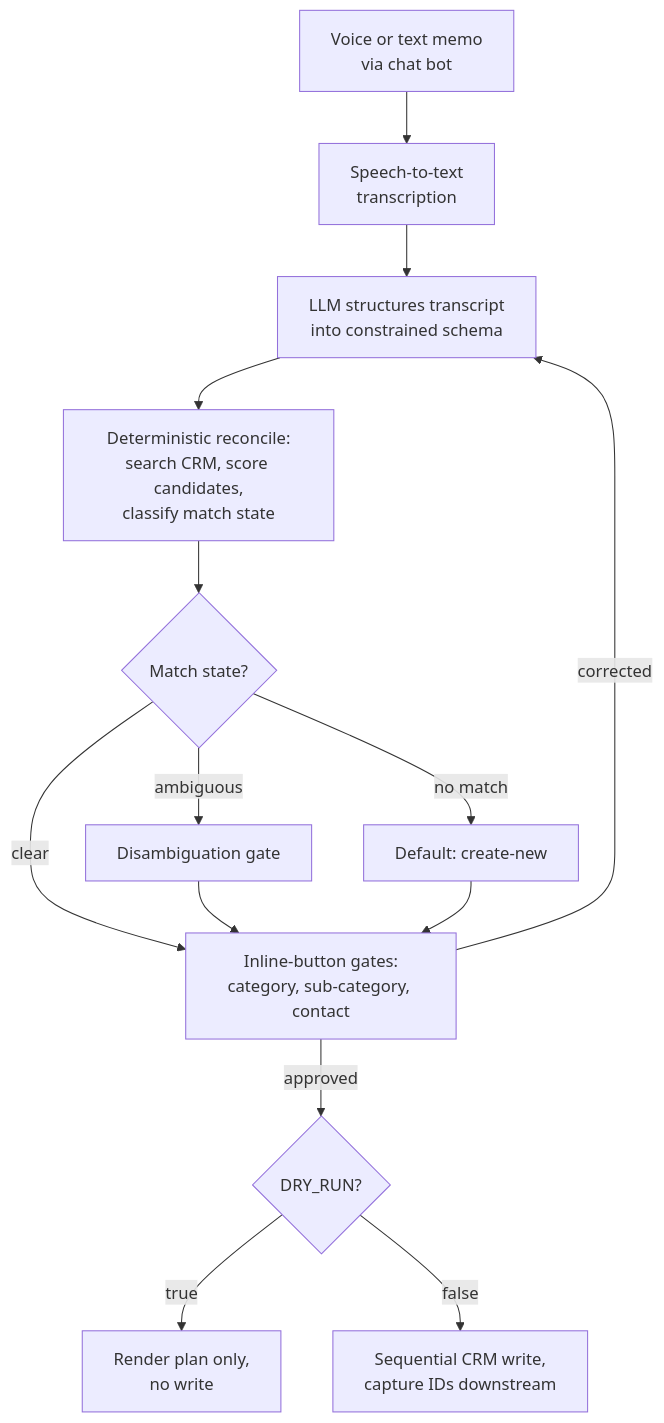
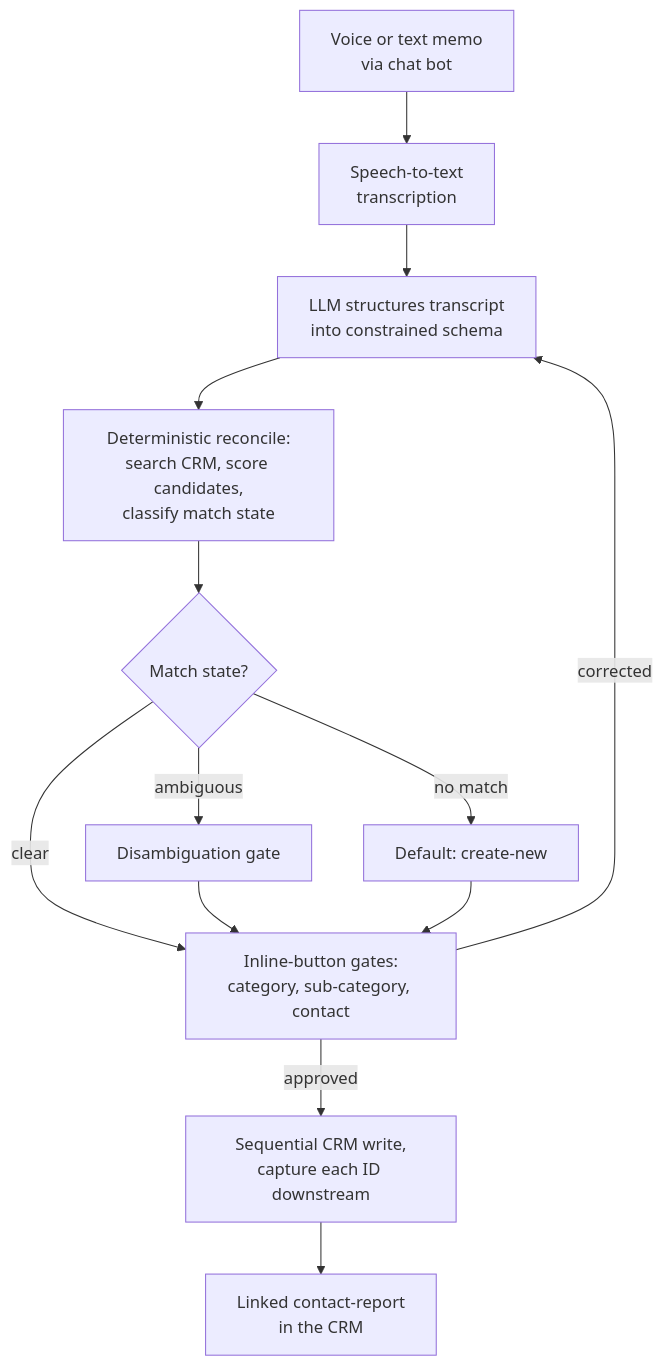
Before and after one commit to felixuniversityca-svg/voice-to-crm-agent: the diagram in README.md, drawn with Mermaid. The commit also changed other lines of this file, not shown here.

Commit message:
Present the full system end to end: live CRM writes, polished

````diff
--- a/README.md
+++ b/README.md
@@ -18,16 +18,15 @@
 ```mermaid
 flowchart TD
     A[Voice or text memo<br/>via chat bot] --> B[Speech-to-text<br/>transcription]
     B --> C[LLM structures transcript<br/>into constrained schema]
     C --> D[Deterministic reconcile:<br/>search CRM, score candidates,<br/>classify match state]
     D --> E{Match state?}
     E -->|clear| G
     E -->|ambiguous| F[Disambiguation gate]
     E -->|no match| H[Default: create-new]
     F --> G[Inline-button gates:<br/>category, sub-category, contact]
     H --> G
-    G -->|approved| I{DRY_RUN?}
+    G -->|approved| K[Sequential CRM write,<br/>capture each ID downstream]
     G -->|corrected| C
-    I -->|true| J[Render plan only,<br/>no write]
-    I -->|false| K[Sequential CRM write,<br/>capture IDs downstream]
+    K --> L[Linked contact-report<br/>in the CRM]
 ```
````
